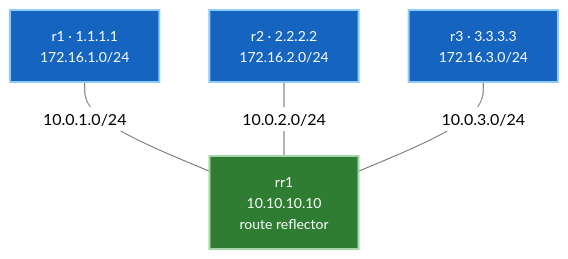
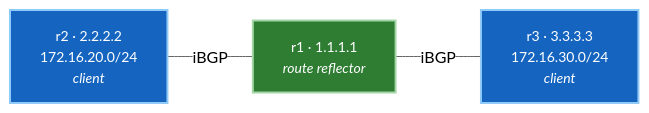
The diagram in docs/courses/01-bgp/lab-03-route-reflectors.md (etherhtun/netforge-labs), drawn with Mermaid (neutral theme) before and after one commit. The commit also changed other lines of this file and 6 other files, not shown here.

````diff
--- a/docs/courses/01-bgp/lab-03-route-reflectors.md
+++ b/docs/courses/01-bgp/lab-03-route-reflectors.md
@@ -23,13 +27,9 @@
 ```mermaid
-graph TD
-    RR["rr1<br/>10.10.10.10<br/>route reflector"]
-    R1["r1 · 1.1.1.1<br/>172.16.1.0/24"]
-    R2["r2 · 2.2.2.2<br/>172.16.2.0/24"]
-    R3["r3 · 3.3.3.3<br/>172.16.3.0/24"]
-    R1 ---|10.0.1.0/24| RR
-    R2 ---|10.0.2.0/24| RR
-    R3 ---|10.0.3.0/24| RR
+graph LR
+    R2["r2 · 2.2.2.2<br/>172.16.20.0/24<br/><i>client</i>"] ---|iBGP| R1["r1 · 1.1.1.1<br/><i>route reflector</i>"]
+    R1 ---|iBGP| R3["r3 · 3.3.3.3<br/>172.16.30.0/24<br/><i>client</i>"]
+
     classDef rr fill:#2e7d32,stroke:#a5d6a7,color:#ffffff,stroke-width:2px,font-size:14px;
     classDef cl fill:#1565c0,stroke:#90caf9,color:#ffffff,stroke-width:2px,font-size:14px;
-    class RR rr; class R1,R2,R3 cl;
+    class R1 rr; class R2,R3 cl;
 ```
````
